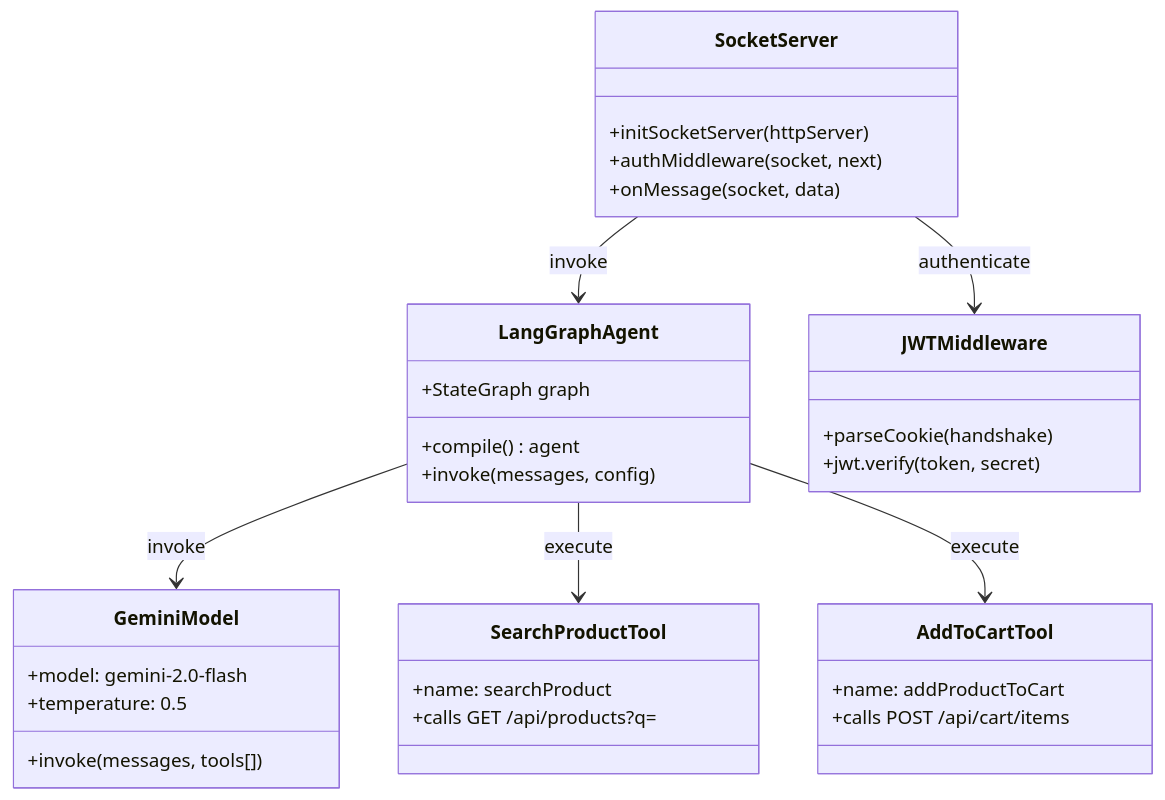
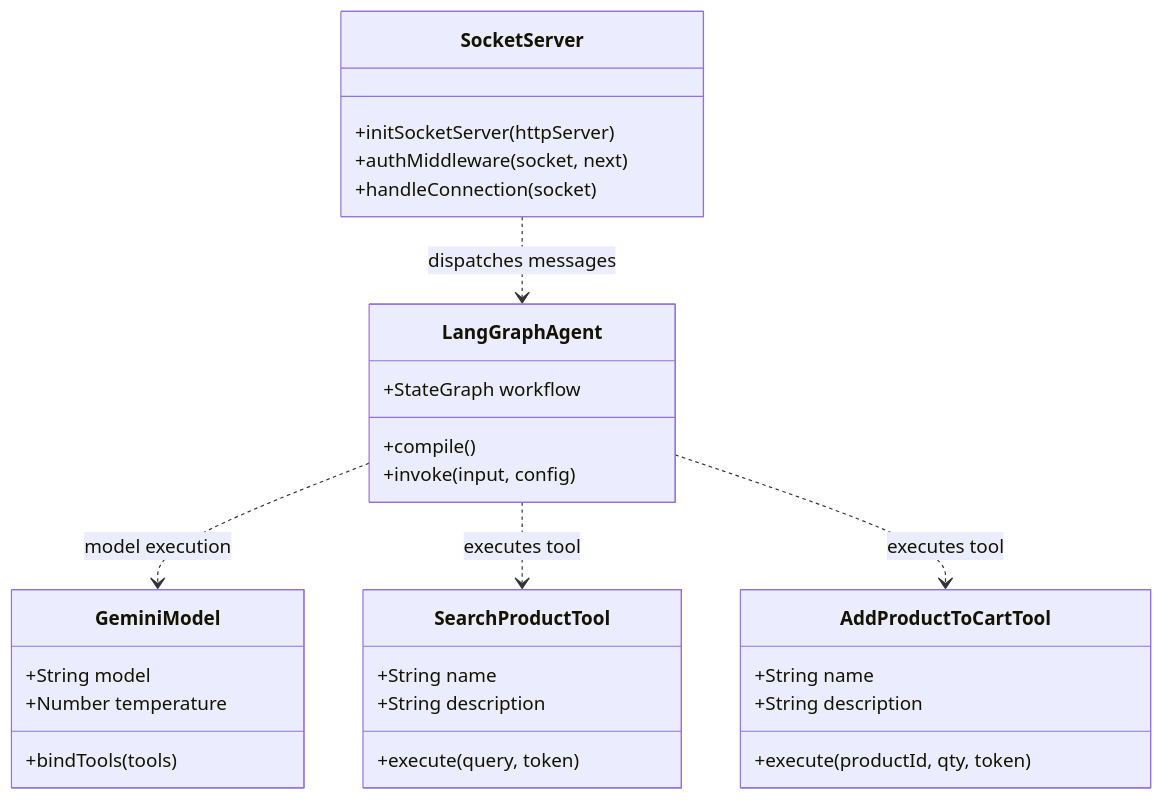
Diagram 12 of 17 in README.md (itsam-13/Vendora), drawn with Mermaid before and after one commit. The commit also changed other lines of this file, not shown here.

Commit message:
docs: update README.md with comprehensive microservices architecture and event topology

````diff
--- a/README.md
+++ b/README.md
@@ -717,35 +846,33 @@
 ```mermaid
 classDiagram
     class SocketServer {
         +initSocketServer(httpServer)
         +authMiddleware(socket, next)
-        +onMessage(socket, data)
+        +handleConnection(socket)
     }
     class LangGraphAgent {
-        +StateGraph graph
-        +compile() agent
-        +invoke(messages, config)
+        +StateGraph workflow
+        +compile()
+        +invoke(input, config)
     }
     class GeminiModel {
-        +model: gemini-2.0-flash
-        +temperature: 0.5
-        +invoke(messages, tools[])
+        +String model
+        +Number temperature
+        +bindTools(tools)
     }
     class SearchProductTool {
-        +name: searchProduct
-        +calls GET /api/products?q=
+        +String name
+        +String description
+        +execute(query, token)
     }
-    class AddToCartTool {
-        +name: addProductToCart
-        +calls POST /api/cart/items
+    class AddProductToCartTool {
+        +String name
+        +String description
+        +execute(productId, qty, token)
     }
-    class JWTMiddleware {
-        +parseCookie(handshake)
-        +jwt.verify(token, secret)
-    }
-    SocketServer --> LangGraphAgent : invoke
-    SocketServer --> JWTMiddleware : authenticate
-    LangGraphAgent --> GeminiModel : invoke
-    LangGraphAgent --> SearchProductTool : execute
-    LangGraphAgent --> AddToCartTool : execute
+
+    SocketServer ..> LangGraphAgent : dispatches messages
+    LangGraphAgent ..> GeminiModel : model execution
+    LangGraphAgent ..> SearchProductTool : executes tool
+    LangGraphAgent ..> AddProductToCartTool : executes tool
 ```
````
